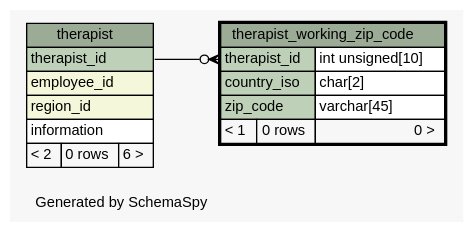
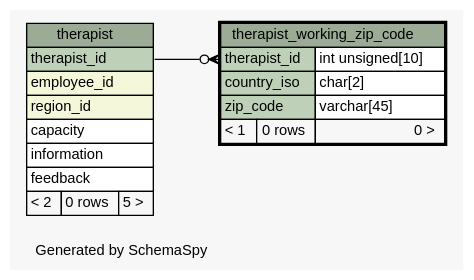
Before and after one commit to KaiBMP/KaiBMP.github.io: the diagram in diagrams/therapist_working_zip_code.1degree.dot, drawn with Graphviz. The commit also changed 153 other files, not shown here.

Commit message:
schemaspy update

```diff
--- a/diagrams/therapist_working_zip_code.1degree.dot
+++ b/diagrams/therapist_working_zip_code.1degree.dot
@@ -1,48 +1,50 @@
 // dot 2.40.1 on Linux 5.3.0-28-generic
 // SchemaSpy rev 590
 digraph "oneDegreeRelationshipsDiagram" {
   graph [
     rankdir="RL"
     bgcolor="#f7f7f7"
     label="\nGenerated by SchemaSpy"
     labeljust="l"
     nodesep="0.18"
     ranksep="0.46"
     fontname="Helvetica"
     fontsize="11"
   ];
   node [
     fontname="Helvetica"
     fontsize="11"
     shape="plaintext"
   ];
   edge [
     arrowsize="0.8"
   ];
   "therapist_working_zip_code":"therapist_id":w -> "therapist":"therapist_id":e [arrowhead=none dir=back arrowtail=crowodot];
   "therapist" [
     label=<
     <TABLE BORDER="0" CELLBORDER="1" CELLSPACING="0" BGCOLOR="#ffffff">
       <TR><TD COLSPAN="3" BGCOLOR="#9bab96" ALIGN="CENTER">therapist</TD></TR>
       <TR><TD PORT="therapist_id" COLSPAN="3" BGCOLOR="#bed1b8" ALIGN="LEFT">therapist_id</TD></TR>
       <TR><TD PORT="employee_id" COLSPAN="3" BGCOLOR="#f4f7da" ALIGN="LEFT">employee_id</TD></TR>
       <TR><TD PORT="region_id" COLSPAN="3" BGCOLOR="#f4f7da" ALIGN="LEFT">region_id</TD></TR>
+      <TR><TD PORT="capacity" COLSPAN="3" ALIGN="LEFT">capacity</TD></TR>
       <TR><TD PORT="information" COLSPAN="3" ALIGN="LEFT">information</TD></TR>
-      <TR><TD ALIGN="LEFT" BGCOLOR="#f7f7f7">&lt; 2</TD><TD ALIGN="RIGHT" BGCOLOR="#f7f7f7">0 rows</TD><TD ALIGN="RIGHT" BGCOLOR="#f7f7f7">6 &gt;</TD></TR>
+      <TR><TD PORT="feedback" COLSPAN="3" ALIGN="LEFT">feedback</TD></TR>
+      <TR><TD ALIGN="LEFT" BGCOLOR="#f7f7f7">&lt; 2</TD><TD ALIGN="RIGHT" BGCOLOR="#f7f7f7">0 rows</TD><TD ALIGN="RIGHT" BGCOLOR="#f7f7f7">5 &gt;</TD></TR>
     </TABLE>>
     URL="therapist.html"
     tooltip="therapist"
   ];
   "therapist_working_zip_code" [
     label=<
     <TABLE BORDER="2" CELLBORDER="1" CELLSPACING="0" BGCOLOR="#ffffff">
       <TR><TD COLSPAN="3" BGCOLOR="#9bab96" ALIGN="CENTER">therapist_working_zip_code</TD></TR>
       <TR><TD PORT="therapist_id" COLSPAN="2" BGCOLOR="#bed1b8" ALIGN="LEFT">therapist_id</TD><TD PORT="therapist_id.type" ALIGN="LEFT">int unsigned[10]</TD></TR>
       <TR><TD PORT="country_iso" COLSPAN="2" BGCOLOR="#bed1b8" ALIGN="LEFT">country_iso</TD><TD PORT="country_iso.type" ALIGN="LEFT">char[2]</TD></TR>
       <TR><TD PORT="zip_code" COLSPAN="2" BGCOLOR="#bed1b8" ALIGN="LEFT">zip_code</TD><TD PORT="zip_code.type" ALIGN="LEFT">varchar[45]</TD></TR>
       <TR><TD ALIGN="LEFT" BGCOLOR="#f7f7f7">&lt; 1</TD><TD ALIGN="RIGHT" BGCOLOR="#f7f7f7">0 rows</TD><TD ALIGN="RIGHT" BGCOLOR="#f7f7f7">0 &gt;</TD></TR>
     </TABLE>>
     URL="therapist_working_zip_code.html"
     tooltip="therapist_working_zip_code"
   ];
 }
```
